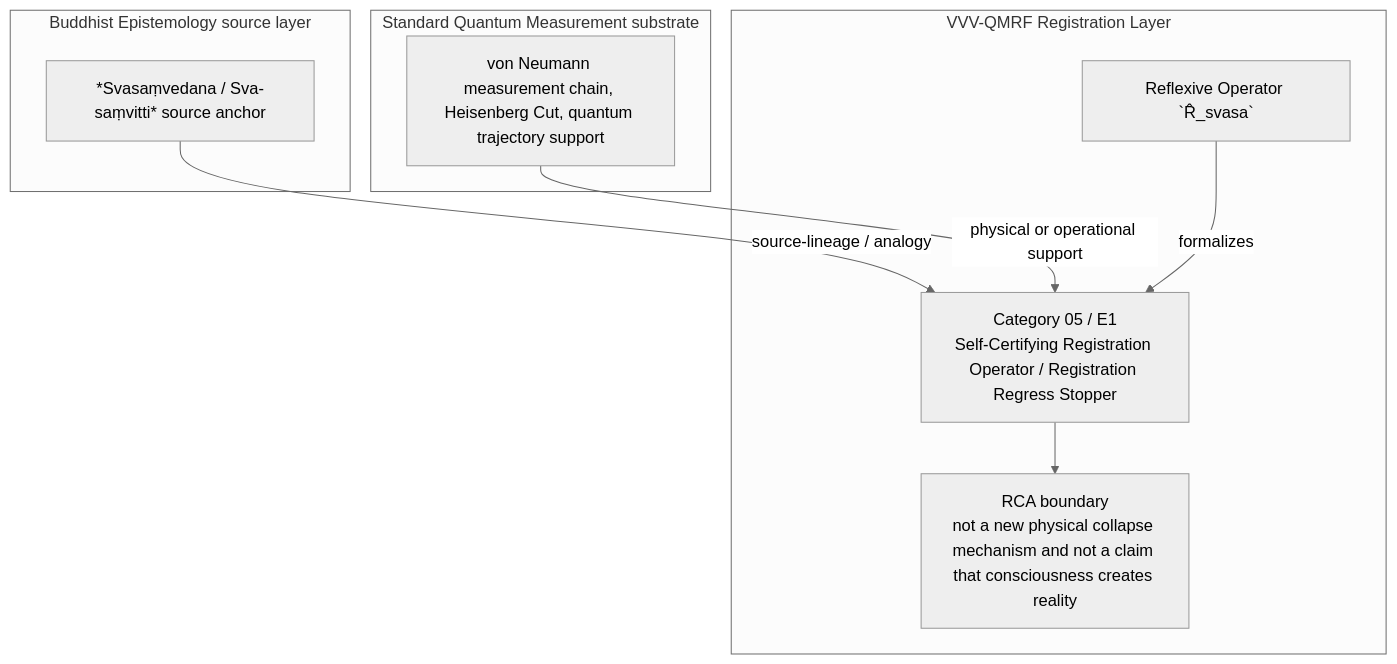
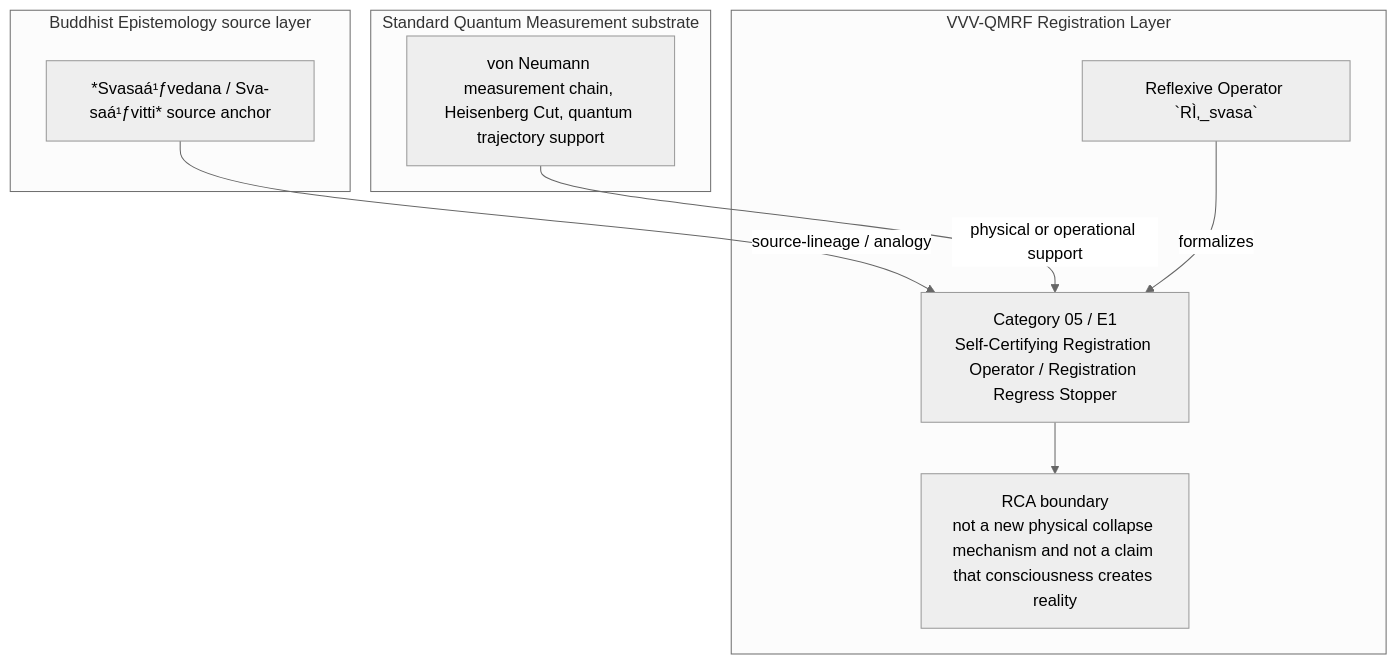
Before and after one commit to AIhugART/VVV-QMRF-VietVunVut-Quantum-Measurement-Registration-Framework: the diagram in documents/research_documents/category/vvv_qmrf_category_05_e01_self_certifying_registration_operator.md, drawn with Mermaid (neutral theme). The commit also changed other lines of this file and 51 other files, not shown here.

````diff
--- a/documents/research_documents/category/vvv_qmrf_category_05_e01_self_certifying_registration_operator.md
+++ b/documents/research_documents/category/vvv_qmrf_category_05_e01_self_certifying_registration_operator.md
@@ -256,21 +256,21 @@
 ```mermaid
 flowchart TD
     subgraph BE["Buddhist Epistemology source layer"]
-        BE1["*Svasaṃvedana / Sva-saṃvitti* source anchor"]
+        BE1["*Svasaá¹ƒvedana / Sva-saá¹ƒvitti* source anchor"]
     end
 
     subgraph QM["Standard Quantum Measurement substrate"]
         QM1["von Neumann measurement chain, Heisenberg Cut, quantum trajectory support"]
     end
 
     subgraph VVV["VVV-QMRF Registration Layer"]
         CAT["Category 05 / E1<br/>Self-Certifying Registration Operator / Registration Regress Stopper"]
-        SYM["Reflexive Operator `R̂_svasa`"]
+        SYM["Reflexive Operator `RÌ‚_svasa`"]
         BOUND["RCA boundary<br/>not a new physical collapse mechanism and not a claim that consciousness creates reality"]
     end
 
     BE1 -->|"source-lineage / analogy"| CAT
     QM1 -->|"physical or operational support"| CAT
     SYM -->|"formalizes"| CAT
     CAT --> BOUND
 ```
````
